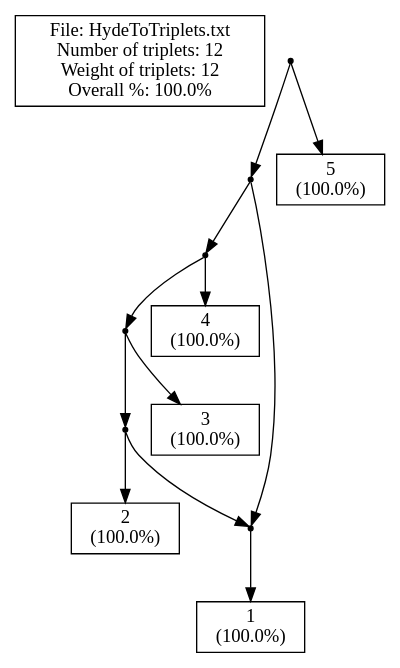
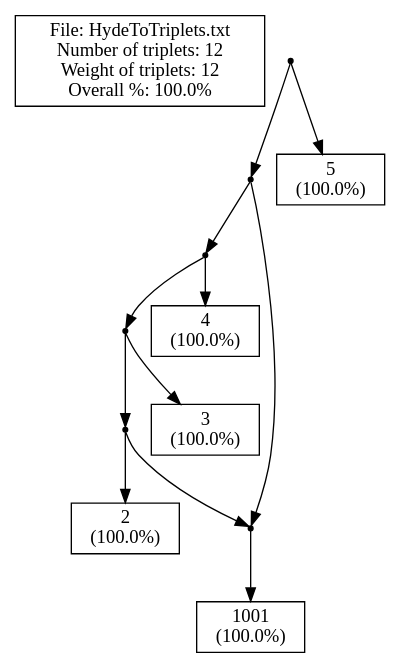
One commit to iharnoor/PhylogeneticsWebsite changed the diagram in ParsingTxt/cExample1.dot. Above: the diagram before and after it, drawn with Graphviz. The commit also changed 14 other files, not shown here.

Commit message:
SVG  graph made responsive

```diff
--- a/ParsingTxt/cExample1.dot
+++ b/ParsingTxt/cExample1.dot
@@ -1,51 +1,51 @@
 // LEV1ATHAN Version 1.0, 21 september 2009
 // COMMENT: Pre-processing the input file to count the leaves
 // COMMENT: Pre-processing showed that there are 5 leaves in the input.
 // SUMMARY: Input had 5 leaves.
 // USER-SETTING: Will *not* post-process output to collapse edges.
 // COMMENT: Triplet set is already dense.
 // SUMMARY: There are 12 triplets in the input.
 // SUMMARY: Total weight of input triplets is 12.
 // COMMENT: We achieved non-trivial local perfection.
 // SUMMARY: (Before post-processing)
 // SUMMARY: We got 12 units of triplet weight, that's 100.0% of total weight.
 // SUMMARY: In total 0 units of triplet weight were -not- consistent with the ouput network.
 // SUMMARY: Output network contained 1 triplets -not- in the original input.
 // SUMMARY: The symmetric difference is thus 0 + (1 * 1) = 1
 // SUMMARY: (After post-processing)
 strict digraph G1 {
 edge [fontsize=8]
 labelbox [shape=box, width=0.4, label="File: HydeToTriplets.txt\nNumber of triplets: 12\nWeight of triplets: 12\nOverall %: 100.0%"];
 1000 [shape=point];
 1001 [shape=point];
 1002 [shape=point];
 1003 [shape=point];
 1004 [shape=point];
 1005 [shape=point];
-2 [shape=box, width=0.3, label="1\n(100.0%)"];
+2 [shape=box, width=0.3, label="1001\n(100.0%)"];
 1 [shape=box, width=0.3, label="2\n(100.0%)"];
 3 [shape=box, width=0.3, label="3\n(100.0%)"];
 4 [shape=box, width=0.3, label="4\n(100.0%)"];
 5 [shape=box, width=0.3, label="5\n(100.0%)"];
 1000 -> 1001
 1000 -> 5
 1001 -> 1002
 1001 -> 1005
 1002 -> 1003
 1002 -> 4
 1003 -> 1004
 1003 -> 3
 1004 -> 1005
 1004 -> 1
 1005 -> 2
 1005 -> 2
 }
-// SUMMARY: eNewick output: ((((((1)#H1,2),3),4),#H1),5);
+// SUMMARY: eNewick output: ((((((1001)#H1,2),3),4),#H1),5);
 // SUMMARY: In total 0 units of triplet weight were -not- consistent with the ouput network.
 // SUMMARY: Output network contained 1 triplets -not- in the original input.
 // SUMMARY: Weight of missing triplets before contraction minus weight of missing triplets afterwards: 0
 // SUMMARY: Number of surplus triplets before contraction minus number of surplus triplets afterwards: 0
 // CONCLUSION: After post-processing we got 12 units of triplet weight, that's 100.0% of total weight (before post-processing this was 100.0%).
 // CONCLUSION: After post-processing the symmetric difference is thus 0 + (1 * 1) = 1 (before post-processing this was 1)
 // STAT: PERCENTAGE = 100.0
 // STAT: NETWORK-TRIPLET SD = 1
```
